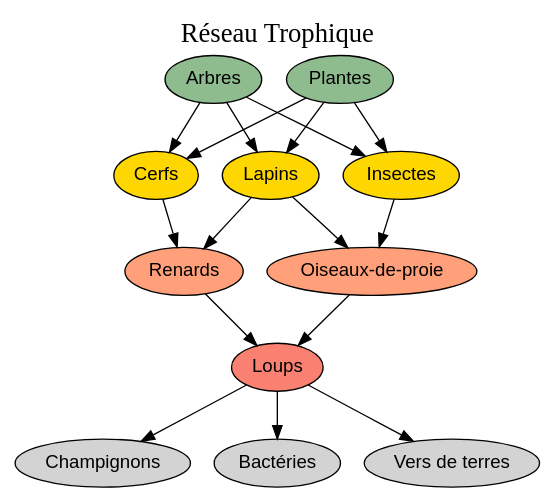
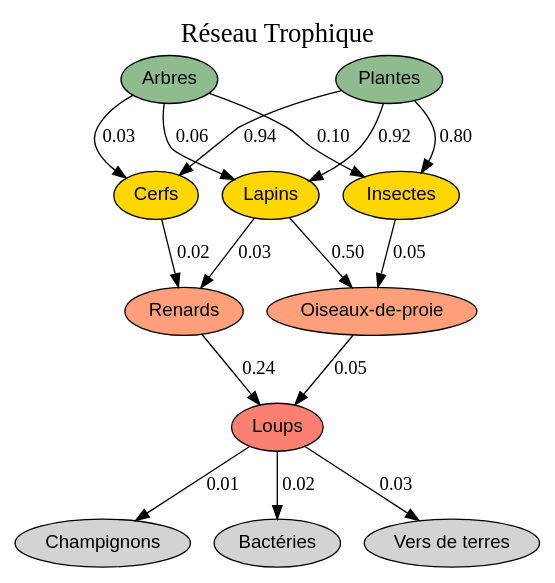
The diagram in foret.dot (zhjacques/Projet-TDG), drawn with Graphviz before and after one commit. The commit also changed 8 other files, not shown here.

```diff
--- a/foret.dot
+++ b/foret.dot
@@ -1,43 +1,46 @@
 digraph G {
     // Titre du graphe
     label="Réseau Trophique";
 fontsize=20;
 labelloc="top";
 
 // Styles globaux
     node [style=filled, fontname="Arial"];
 edge [color=black];
 
 // Groupes de nœuds avec couleurs
     "Arbres" [fillcolor="#8FBC8F", shape=ellipse]; // Vert clair
     "Plantes" [fillcolor="#8FBC8F", shape=ellipse];
 "Insectes" [fillcolor="#FFD700", shape=ellipse]; // Jaune
     "Cerfs" [fillcolor="#FFD700", shape=ellipse];
 "Lapins" [fillcolor="#FFD700", shape=ellipse];
 "Renards" [fillcolor="#FFA07A", shape=ellipse]; // Orange clair
     "Oiseaux-de-proie" [fillcolor="#FFA07A", shape=ellipse];
 "Loups" [fillcolor="#FA8072", shape=ellipse]; // Rouge clair
     "Champignons" [fillcolor="#D3D3D3", shape=ellipse]; // Gris
     "Bactéries" [fillcolor="#D3D3D3", shape=ellipse];
 "Vers de terres" [fillcolor="#D3D3D3", shape=ellipse];
 
-// Connexions
-    "Arbres" -> "Cerfs";
-"Arbres" -> "Lapins";
-"Arbres" -> "Insectes";
-"Plantes" -> "Cerfs";
-"Plantes" -> "Lapins";
-"Plantes" -> "Insectes";
+// Connexions avec pondérations
+    "Arbres" -> "Cerfs" [label="0.03"]; // 3% arbres
+    "Plantes" -> "Cerfs" [label="0.94"]; // 94% plantes
 
-"Cerfs" -> "Renards";
-"Lapins" -> "Renards";
-"Lapins" -> "Oiseaux-de-proie";
-"Insectes" -> "Oiseaux-de-proie";
+"Arbres" -> "Lapins" [label="0.06"]; // 6% arbres
+    "Plantes" -> "Lapins" [label="0.92"]; // 92% plantes
 
-"Renards" -> "Loups";
-"Oiseaux-de-proie" -> "Loups";
+"Arbres" -> "Insectes" [label="0.10"]; // 10% arbres
+    "Plantes" -> "Insectes" [label="0.80"]; // 80% plantes
 
-"Loups" -> "Champignons";
-"Loups" -> "Bactéries";
-"Loups" -> "Vers de terres";
+"Lapins" -> "Renards" [label="0.03"]; // 3% lapins
+    "Cerfs" -> "Renards" [label="0.02"]; // 2% cerfs
+
+"Lapins" -> "Oiseaux-de-proie" [label="0.50"]; // 50% lapins
+    "Insectes" -> "Oiseaux-de-proie" [label="0.05"]; // 5% insectes
+
+"Oiseaux-de-proie" -> "Loups" [label="0.05"]; // 5% oiseaux
+    "Renards" -> "Loups" [label="0.24"]; // 24% renards
+
+"Loups" -> "Champignons" [label="0.01"]; // 80% loups
+    "Loups" -> "Bactéries" [label="0.02"]; // 50% loups
+    "Loups" -> "Vers de terres" [label="0.03"]; // 21% loups
 }
```
